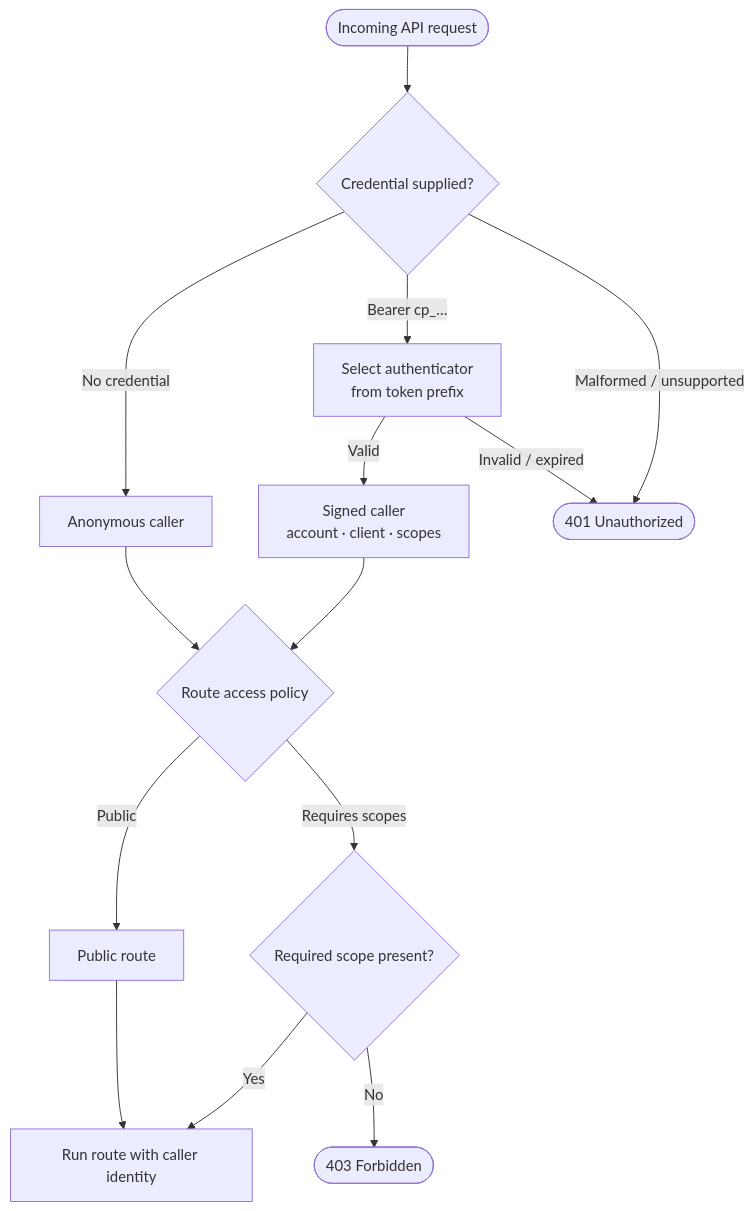
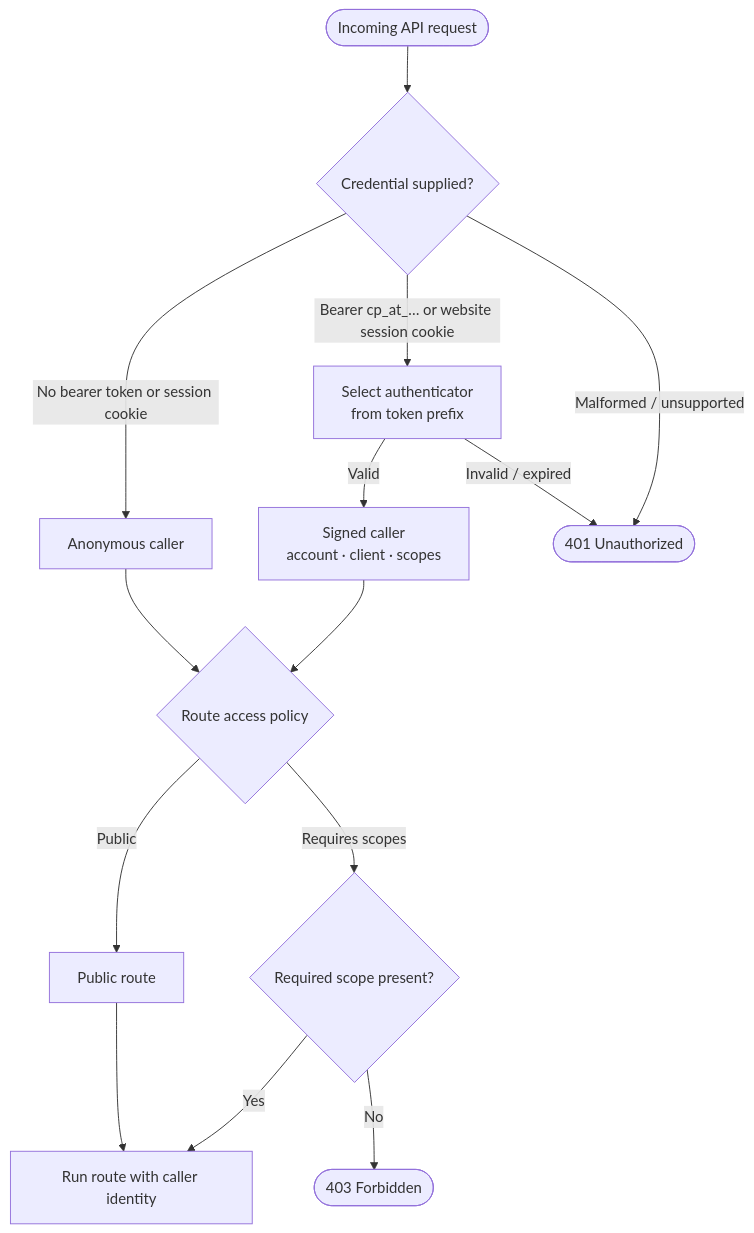
Before and after one commit to tkint/coach-poulpy: the first of 2 diagrams in docs/the-api.md, drawn with Mermaid. The commit also changed 2 other files, not shown here.

Commit message:
docs: refine auth and container diagrams

````diff
--- a/docs/the-api.md
+++ b/docs/the-api.md
@@ -9,25 +9,25 @@
 ```mermaid
 flowchart TD
     request(["Incoming API request"])
     header{"Credential supplied?"}
     anonymous["Anonymous caller"]
     authenticator["Select authenticator<br/>from token prefix"]
     signed["Signed caller<br/>account · client · scopes"]
     denied(["401 Unauthorized"])
     route{"Route access policy"}
     public["Public route"]
     scope{"Required scope present?"}
     forbidden(["403 Forbidden"])
     response["Run route with caller identity"]
 
     request --> header
-    header -->|No credential| anonymous --> route
-    header -->|Bearer cp_…| authenticator
+    header -->|No bearer token or session cookie| anonymous --> route
+    header -->|Bearer cp_at_… or website session cookie| authenticator
     header -->|Malformed / unsupported| denied
     authenticator -->|Valid| signed --> route
     authenticator -->|Invalid / expired| denied
     route -->|Public| public --> response
     route -->|Requires scopes| scope
     scope -->|Yes| response
     scope -->|No| forbidden
 ```
````
